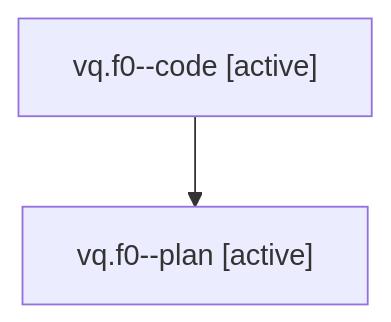
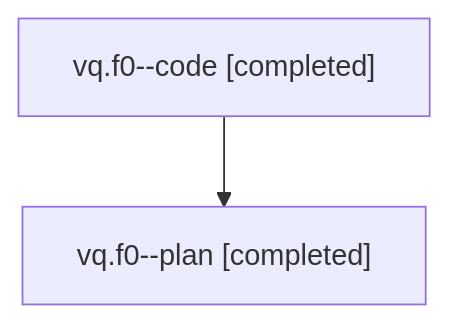
One commit to sase-org/sase--agents changed the diagram in families/bbugyi200.athena.vq.f0.md. Above: the diagram before and after it, drawn with Mermaid. The commit also changed other lines of this file and 1506 other files, not shown here.

````diff
--- a/families/bbugyi200.athena.vq.f0.md
+++ b/families/bbugyi200.athena.vq.f0.md
@@ -9,6 +9,6 @@
 ```mermaid
 flowchart TD
-  n0["vq.f0--code [active]"]
-  n1["vq.f0--plan [active]"]
+  n0["vq.f0--code [completed]"]
+  n1["vq.f0--plan [completed]"]
   n0 --> n1
 ```
````
